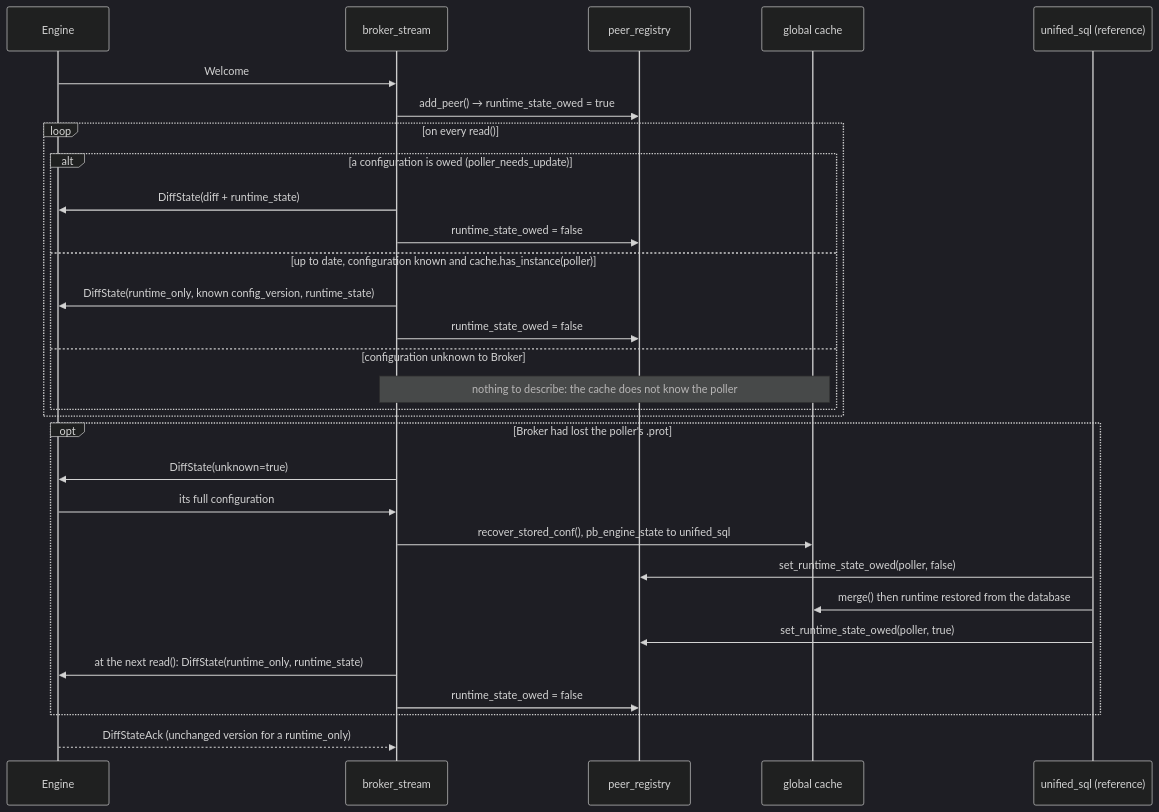
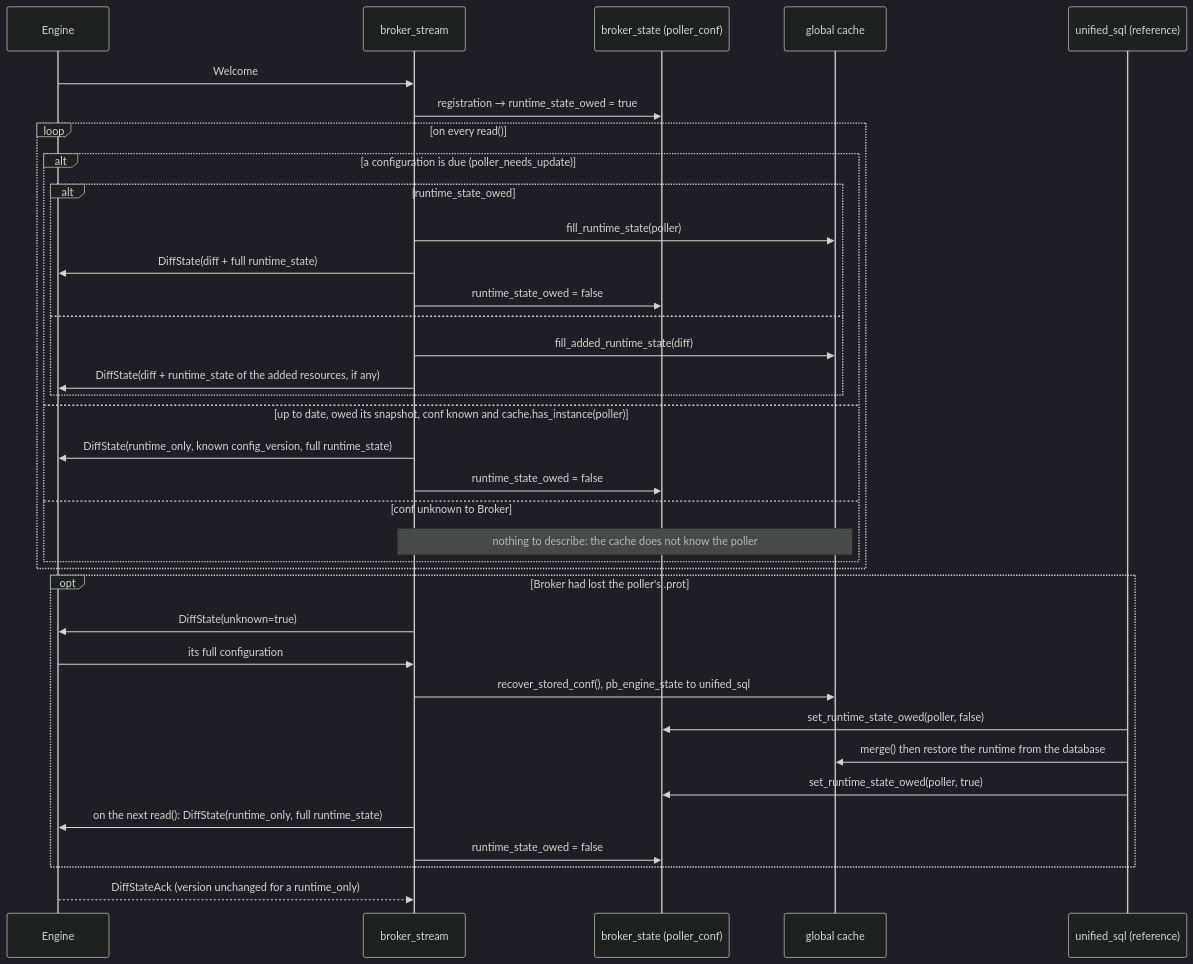
The eighth of 8 diagrams in doc/nego-engine-broker/06-remote-servers-en.md (centreon/centreon-collect), drawn with Mermaid (dark theme) before and after one commit. The commit also changed other lines of this file and 3 other files, not shown here.

Commit message:
chore(doc): nego-engine-broker, the runtime snapshot when owed and for added resources

````diff
--- a/doc/nego-engine-broker/06-remote-servers-en.md
+++ b/doc/nego-engine-broker/06-remote-servers-en.md
@@ -616,32 +618,38 @@
 ```mermaid
 sequenceDiagram
     participant E as Engine
     participant S as broker_stream
-    participant R as peer_registry
+    participant P as broker_state (poller_conf)
     participant C as global cache
     participant U as unified_sql (reference)
     E->>S: Welcome
-    S->>R: add_peer() → runtime_state_owed = true
+    S->>P: registration → runtime_state_owed = true
     loop on every read()
-        alt a configuration is owed (poller_needs_update)
-            S->>E: DiffState(diff + runtime_state)
-            S->>R: runtime_state_owed = false
-        else up to date, configuration known and cache.has_instance(poller)
-            S->>E: DiffState(runtime_only, known config_version, runtime_state)
-            S->>R: runtime_state_owed = false
-        else configuration unknown to Broker
+        alt a configuration is due (poller_needs_update)
+            alt runtime_state_owed
+                S->>C: fill_runtime_state(poller)
+                S->>E: DiffState(diff + full runtime_state)
+                S->>P: runtime_state_owed = false
+            else
+                S->>C: fill_added_runtime_state(diff)
+                S->>E: DiffState(diff + runtime_state of the added resources, if any)
+            end
+        else up to date, owed its snapshot, conf known and cache.has_instance(poller)
+            S->>E: DiffState(runtime_only, known config_version, full runtime_state)
+            S->>P: runtime_state_owed = false
+        else conf unknown to Broker
             Note over S,C: nothing to describe: the cache does not know the poller
         end
     end
     opt Broker had lost the poller's .prot
         S->>E: DiffState(unknown=true)
         E->>S: its full configuration
         S->>C: recover_stored_conf(), pb_engine_state to unified_sql
-        U->>R: set_runtime_state_owed(poller, false)
-        U->>C: merge() then runtime restored from the database
-        U->>R: set_runtime_state_owed(poller, true)
-        S->>E: at the next read(): DiffState(runtime_only, runtime_state)
-        S->>R: runtime_state_owed = false
+        U->>P: set_runtime_state_owed(poller, false)
+        U->>C: merge() then restore the runtime from the database
+        U->>P: set_runtime_state_owed(poller, true)
+        S->>E: on the next read(): DiffState(runtime_only, full runtime_state)
+        S->>P: runtime_state_owed = false
     end
-    E-->>S: DiffStateAck (unchanged version for a runtime_only)
+    E-->>S: DiffStateAck (version unchanged for a runtime_only)
 ```
````
